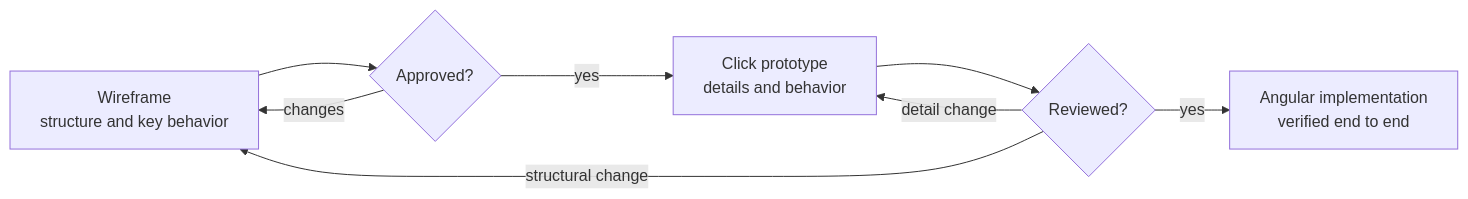
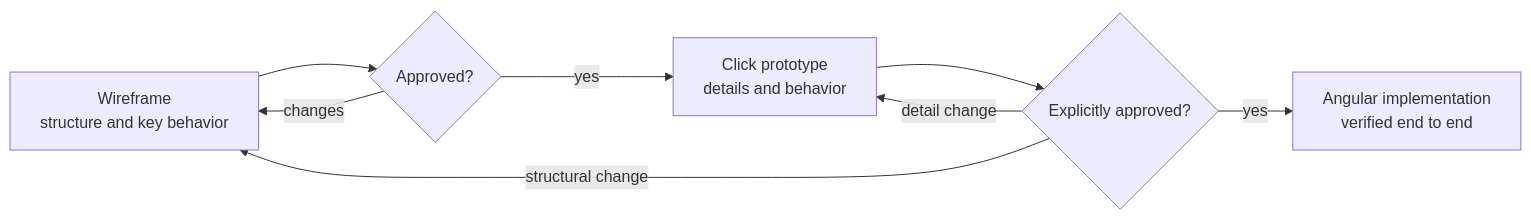
The diagram in docs/ADR/ADR-0013-wireframes-and-click-prototypes.md (eG-dev/MONkEY), drawn with Mermaid before and after one commit. The commit also changed other lines of this file and 80 other files, not shown here.

````diff
--- a/docs/ADR/ADR-0013-wireframes-and-click-prototypes.md
+++ b/docs/ADR/ADR-0013-wireframes-and-click-prototypes.md
@@ -23,10 +23,10 @@
 ```mermaid
 flowchart LR
     W[Wireframe<br>structure and key behavior] --> A{Approved?}
     A -- changes --> W
     A -- yes --> P[Click prototype<br>details and behavior]
-    P --> R{Reviewed?}
+    P --> R{Explicitly approved?}
     R -- structural change --> W
     R -- detail change --> P
     R -- yes --> I[Angular implementation<br>verified end to end]
 ```
````
